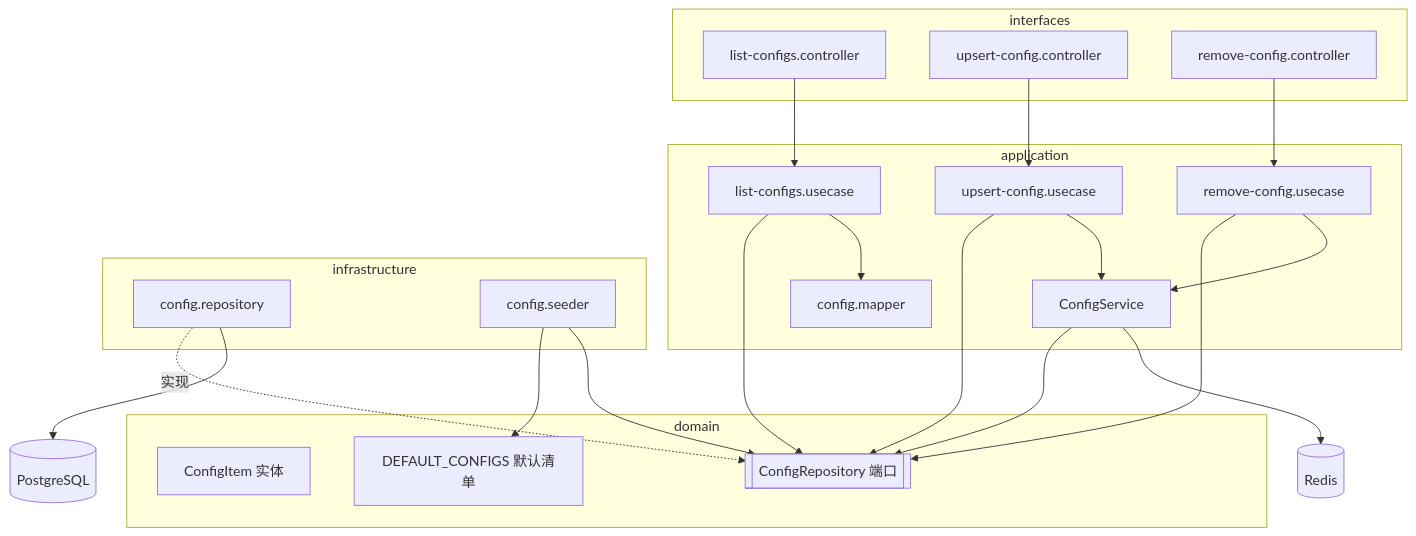
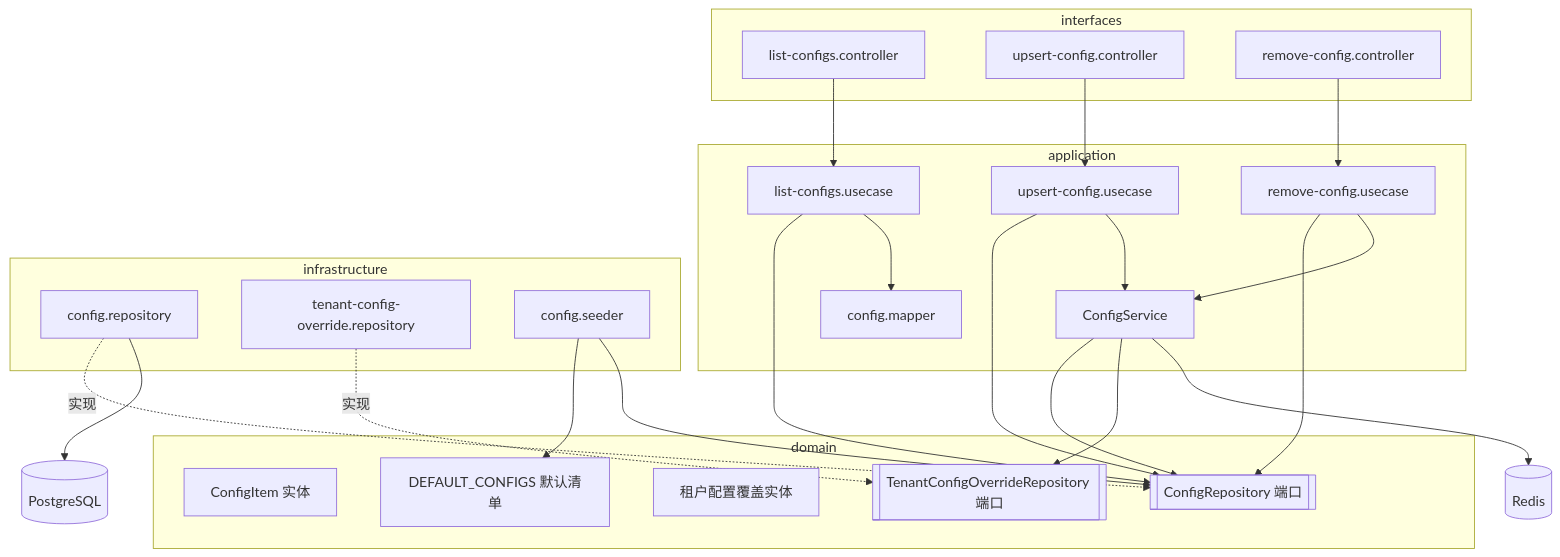
The first of 5 diagrams in docs/config-center.md (yiting001/E-sports-01), drawn with Mermaid before and after one commit. The commit also changed other lines of this file and 158 other files, not shown here.

````diff
--- a/docs/config-center.md
+++ b/docs/config-center.md
@@ -52,37 +59,42 @@
 ```mermaid
 flowchart TB
   subgraph interfaces
     LC[list-configs.controller]
     UC[upsert-config.controller]
     RC[remove-config.controller]
   end
   subgraph application
     LU[list-configs.usecase]
     UU[upsert-config.usecase]
     RU[remove-config.usecase]
     CS[ConfigService]
     MP[config.mapper]
   end
   subgraph domain
     ENT[ConfigItem 实体]
     REPOI[[ConfigRepository 端口]]
+    OVERRIDE[租户配置覆盖实体]
+    OREPOI[[TenantConfigOverrideRepository 端口]]
     DEF[DEFAULT_CONFIGS 默认清单]
   end
   subgraph infrastructure
     REPO[config.repository]
+    OREPO[tenant-config-override.repository]
     SEED[config.seeder]
   end
 
   LC --> LU --> REPOI
   UC --> UU --> REPOI
   RC --> RU --> REPOI
   LU --> MP
   UU --> CS
   RU --> CS
   REPO -. 实现 .-> REPOI
+  OREPO -. 实现 .-> OREPOI
   SEED --> DEF
   SEED --> REPOI
   CS --> REPOI
+  CS --> OREPOI
   CS --> RD[(Redis)]
   REPO --> PG[(PostgreSQL)]
 ```
````
